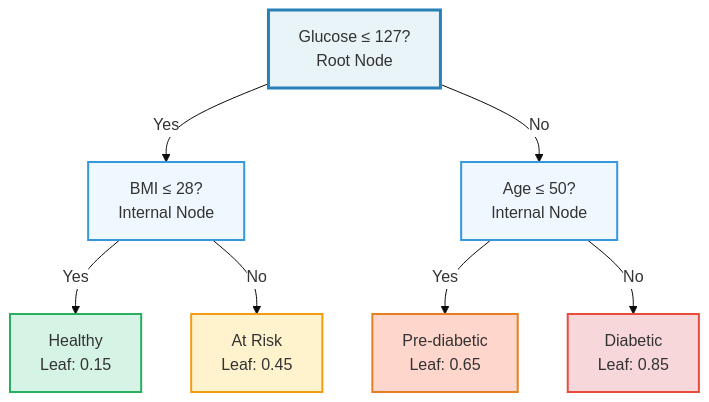
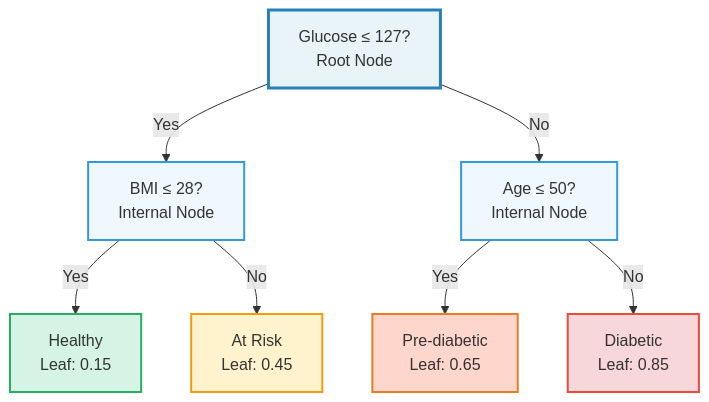
Before and after one commit to ctsilva/ctsilva.github.io: the fourth of 4 diagrams in 2025-VisML-CSE/slides/week5-white-box.qmd, drawn with Mermaid. The commit also changed other lines of this file and 1 other file, not shown here.

First line of the commit message:
Fix mermaid diagrams and improve Week 5 white-box slides

````diff
--- a/2025-VisML-CSE/slides/week5-white-box.qmd
+++ b/2025-VisML-CSE/slides/week5-white-box.qmd
@@ -754,19 +782,18 @@
 ```{mermaid}
-%%{init: {'theme':'base', 'themeVariables': { 'primaryColor':'#fff', 'primaryBorderColor':'#333'}}}%%
 graph TD
     A[Glucose ≤ 127?<br/>Root Node]
     A -->|Yes| B[BMI ≤ 28?<br/>Internal Node]
     A -->|No| C[Age ≤ 50?<br/>Internal Node]
     B -->|Yes| D[Healthy<br/>Leaf: 0.15]
     B -->|No| E[At Risk<br/>Leaf: 0.45]
     C -->|Yes| F[Pre-diabetic<br/>Leaf: 0.65]
     C -->|No| G[Diabetic<br/>Leaf: 0.85]
 
     style A fill:#e8f4f8,stroke:#2980b9,stroke-width:3px
     style B fill:#f0f8ff,stroke:#3498db,stroke-width:2px
     style C fill:#f0f8ff,stroke:#3498db,stroke-width:2px
     style D fill:#d5f4e6,stroke:#27ae60,stroke-width:2px
     style E fill:#fff3cd,stroke:#f39c12,stroke-width:2px
     style F fill:#ffd6cc,stroke:#e67e22,stroke-width:2px
     style G fill:#f8d7da,stroke:#e74c3c,stroke-width:2px
 ```
````
